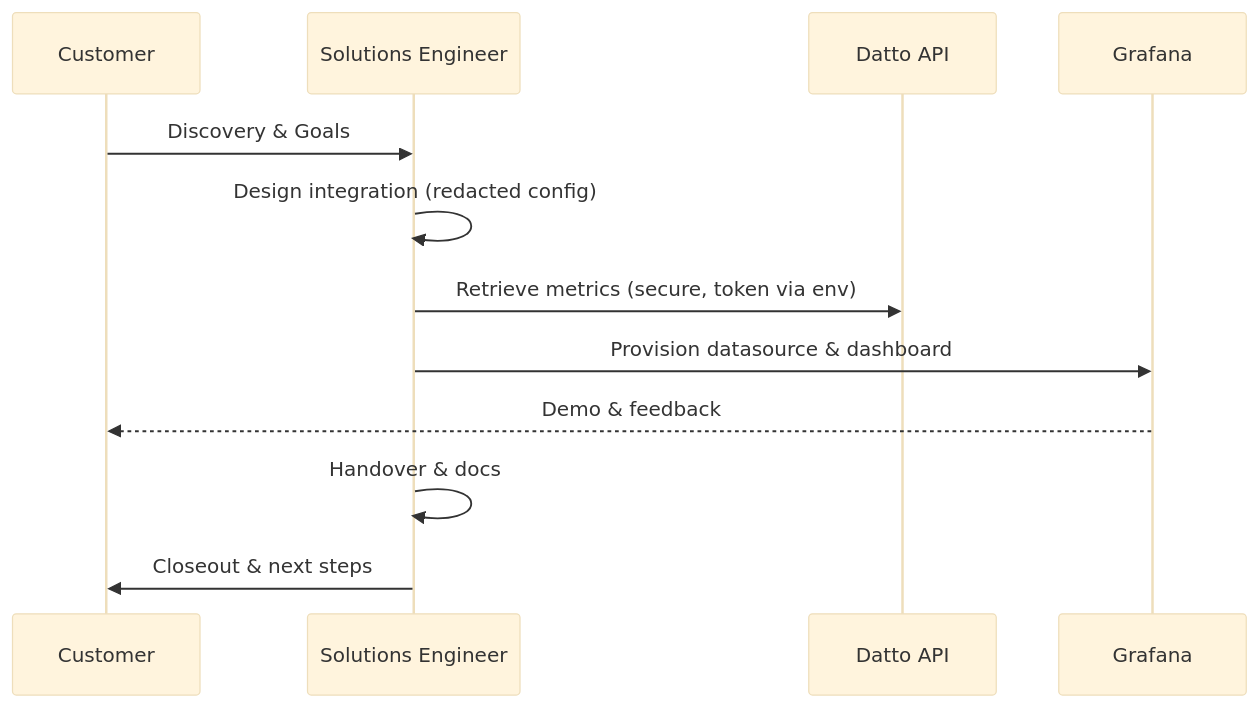
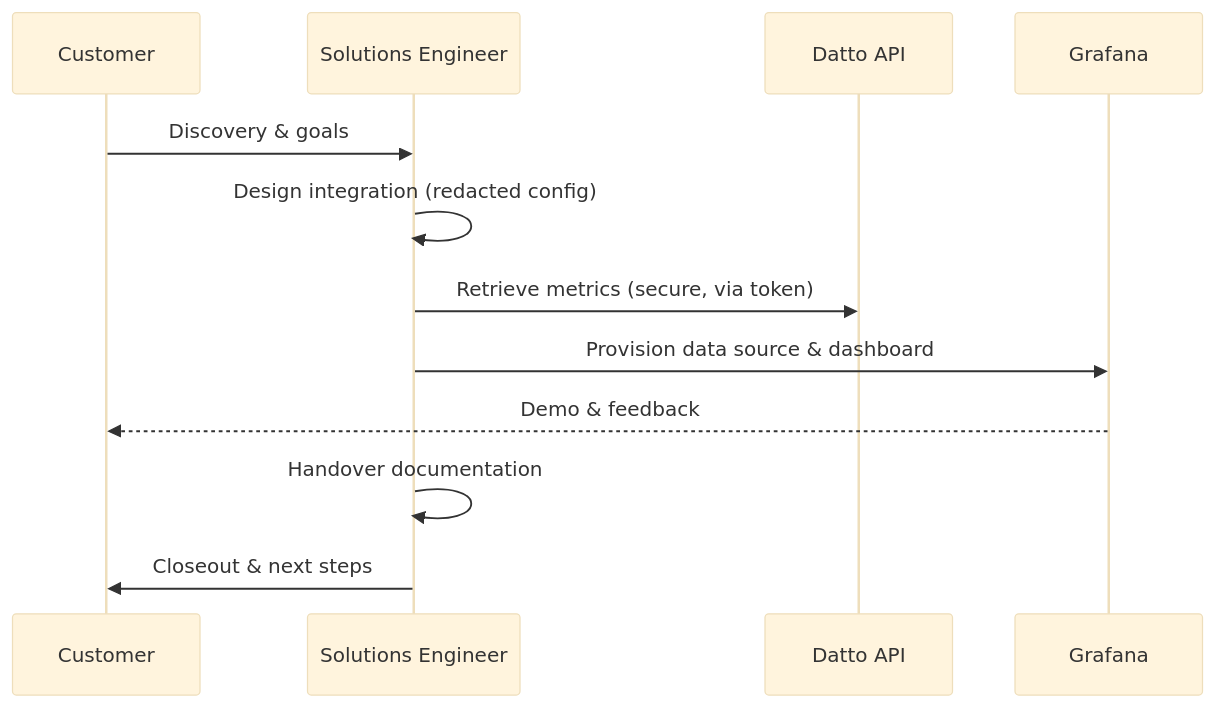
One commit to berkeleyo/datto-grafana-presales changed the second of 2 diagrams in README.md. Above: the diagram before and after it, drawn with Mermaid (base theme). The commit also changed other lines of this file, not shown here.

````diff
--- a/README.md
+++ b/README.md
@@ -29,14 +39,15 @@
 ```mermaid
 sequenceDiagram
     participant C as Customer
     participant SE as Solutions Engineer
     participant API as Datto API
     participant G as Grafana
-    C->>SE: Discovery & Goals
+
+    C->>SE: Discovery & goals
     SE->>SE: Design integration (redacted config)
-    SE->>API: Retrieve metrics (secure, token via env)
-    SE->>G: Provision datasource & dashboard
+    SE->>API: Retrieve metrics (secure, via token)
+    SE->>G: Provision data source & dashboard
     G-->>C: Demo & feedback
-    SE->>SE: Handover & docs
+    SE->>SE: Handover documentation
     SE->>C: Closeout & next steps
 ```
````
